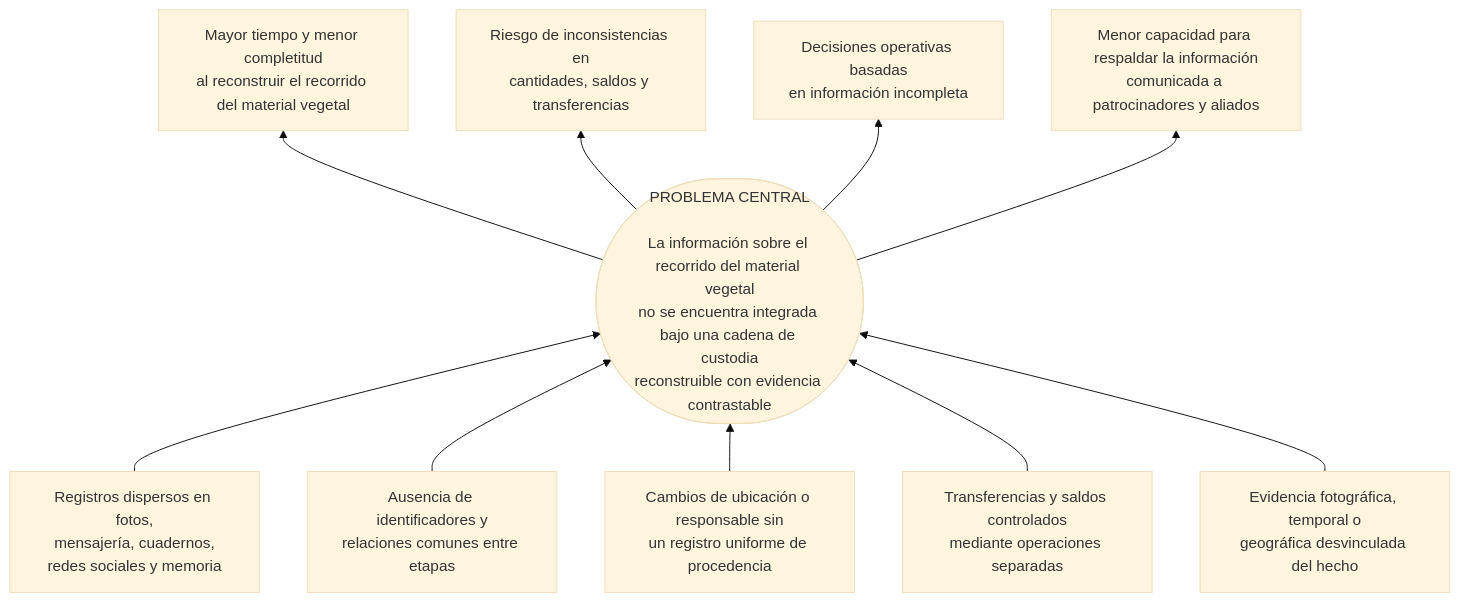
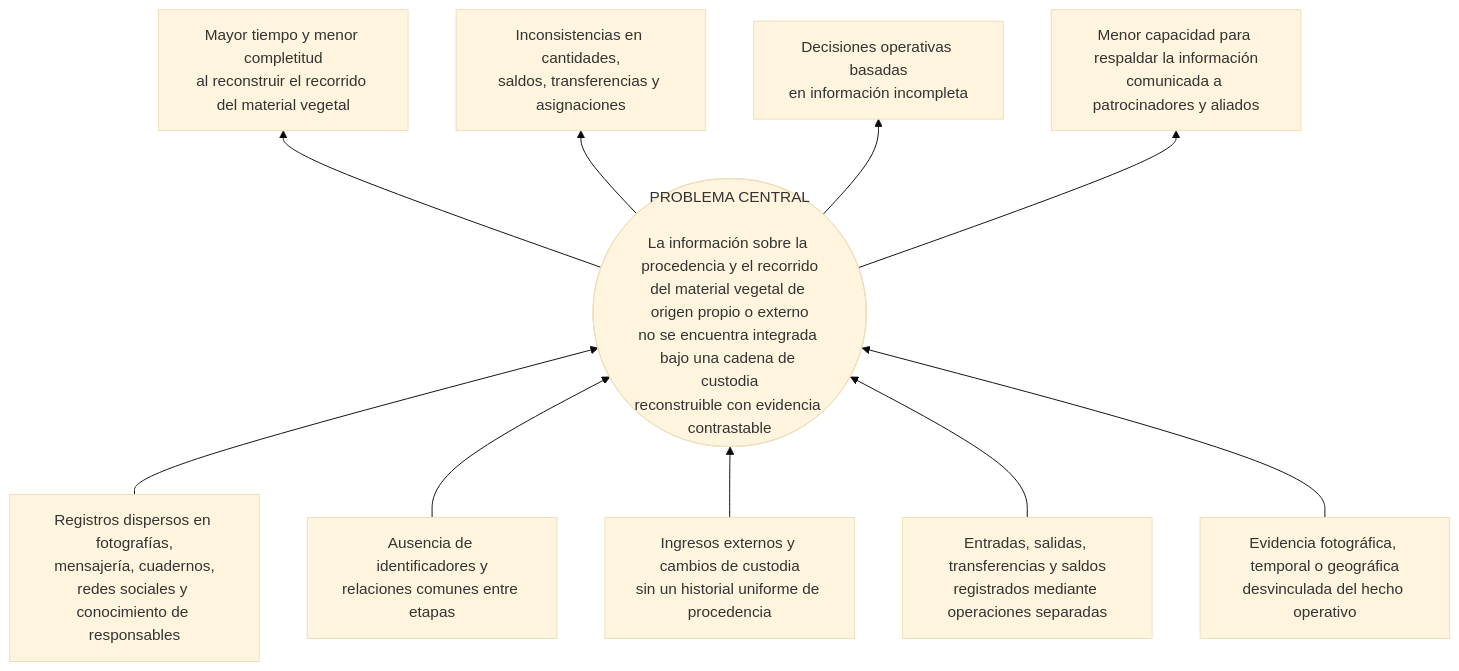
Before and after one commit to R3foresta/r3foresta-docs: the second of 2 diagrams in documentacion-grado/06_entregables/perfil/PERFIL_PROYECTO_GRADO.md, drawn with Mermaid (base theme). The commit also changed other lines of this file and 2 other files, not shown here.

````diff
--- a/documentacion-grado/06_entregables/perfil/PERFIL_PROYECTO_GRADO.md
+++ b/documentacion-grado/06_entregables/perfil/PERFIL_PROYECTO_GRADO.md
@@ -104,25 +336,25 @@
 ```mermaid
 flowchart BT
-    C1["Registros dispersos en fotos,<br/>mensajería, cuadernos,<br/>redes sociales y memoria"]
+    C1["Registros dispersos en fotografías,<br/>mensajería, cuadernos,<br/>redes sociales y conocimiento de responsables"]
     C2["Ausencia de identificadores y<br/>relaciones comunes entre etapas"]
-    C3["Cambios de ubicación o responsable sin<br/>un registro uniforme de procedencia"]
-    C4["Transferencias y saldos controlados<br/>mediante operaciones separadas"]
-    C5["Evidencia fotográfica, temporal o<br/>geográfica desvinculada del hecho"]
+    C3["Ingresos externos y cambios de custodia<br/>sin un historial uniforme de procedencia"]
+    C4["Entradas, salidas, transferencias y saldos<br/>registrados mediante operaciones separadas"]
+    C5["Evidencia fotográfica, temporal o geográfica<br/>desvinculada del hecho operativo"]
 
-    P(["PROBLEMA CENTRAL<br/><br/>La información sobre el recorrido del material vegetal<br/>no se encuentra integrada bajo una cadena de custodia<br/>reconstruible con evidencia contrastable"])
+    P(["PROBLEMA CENTRAL<br/><br/>La información sobre la procedencia y el recorrido<br/>del material vegetal de origen propio o externo<br/>no se encuentra integrada bajo una cadena de custodia<br/>reconstruible con evidencia contrastable"])
 
     E1["Mayor tiempo y menor completitud<br/>al reconstruir el recorrido del material vegetal"]
-    E2["Riesgo de inconsistencias en<br/>cantidades, saldos y transferencias"]
+    E2["Inconsistencias en cantidades,<br/>saldos, transferencias y asignaciones"]
     E3["Decisiones operativas basadas<br/>en información incompleta"]
     E4["Menor capacidad para respaldar la información<br/>comunicada a patrocinadores y aliados"]
 
     C1 --> P
     C2 --> P
     C3 --> P
     C4 --> P
     C5 --> P
     P --> E1
     P --> E2
     P --> E3
     P --> E4
 ```
````
